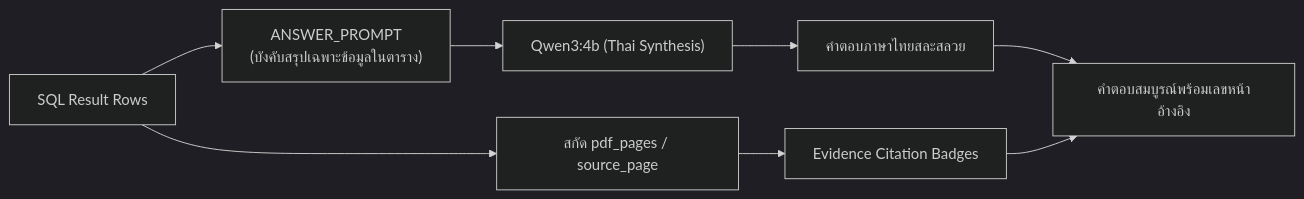
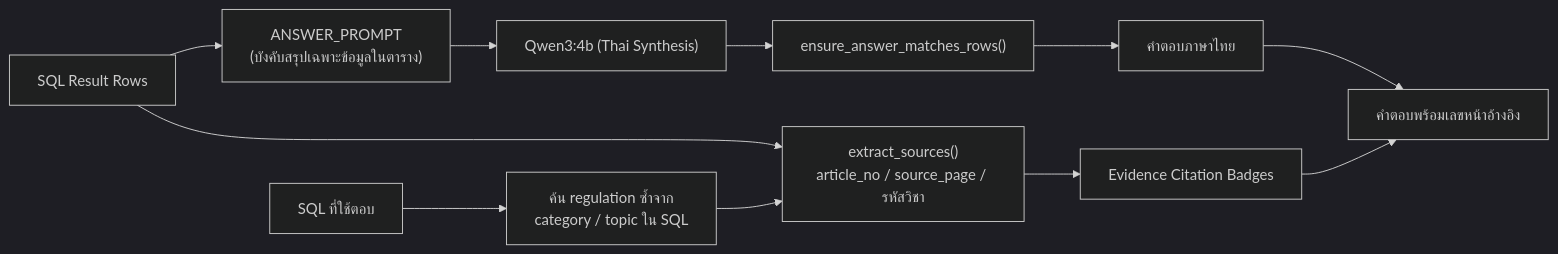
The fifth of 7 diagrams in sysdoc.md (dewy-cloud/isd-2026-luksuitpiti-10), drawn with Mermaid (dark theme) before and after one commit. The commit also changed other lines of this file and 6 other files, not shown here.

First line of the commit message:
docs: align NL2SQL docs with the shared prompt, new metrics and citation flow

````diff
--- a/sysdoc.md
+++ b/sysdoc.md
@@ -371,10 +412,13 @@
 ```mermaid
 flowchart LR
     ROWS["SQL Result Rows"] --> PROMPT["ANSWER_PROMPT<br/>(บังคับสรุปเฉพาะข้อมูลในตาราง)"]
     PROMPT --> QWEN["Qwen3:4b (Thai Synthesis)"]
-    QWEN --> THAI_ANS["คำตอบภาษาไทยสละสลวย"]
-    ROWS --> META["สกัด pdf_pages / source_page"]
+    QWEN --> GUARD_ANS["ensure_answer_matches_rows()"]
+    GUARD_ANS --> THAI_ANS["คำตอบภาษาไทย"]
+    ROWS --> META["extract_sources()<br/>article_no / source_page / รหัสวิชา"]
+    SQL["SQL ที่ใช้ตอบ"] --> REG["ค้น regulation ซ้ำจาก<br/>category / topic ใน SQL"]
+    REG --> META
     META --> PILLS["Evidence Citation Badges"]
-    THAI_ANS --> FINAL["คำตอบสมบูรณ์พร้อมเลขหน้าอ้างอิง"]
+    THAI_ANS --> FINAL["คำตอบพร้อมเลขหน้าอ้างอิง"]
     PILLS --> FINAL
 ```
````
